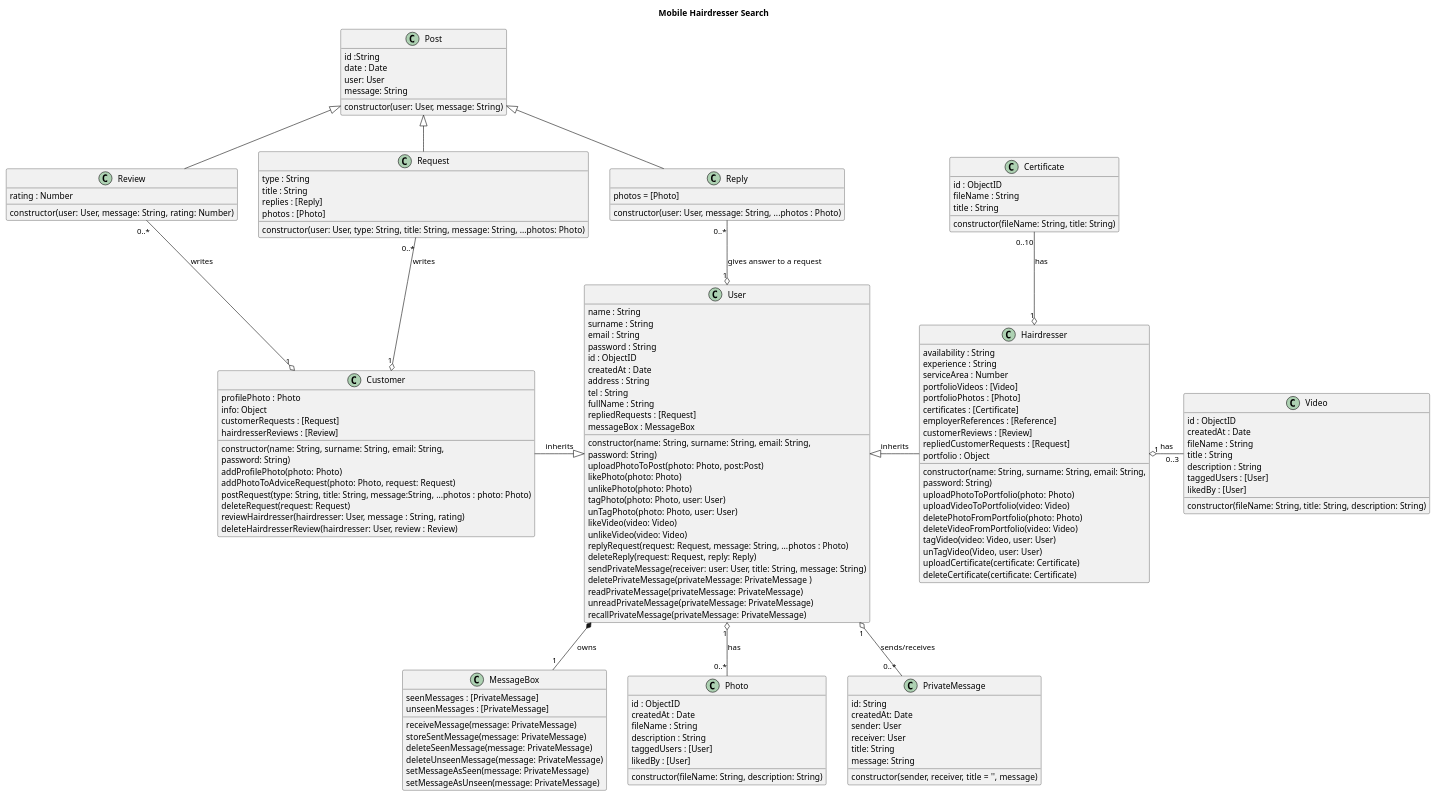
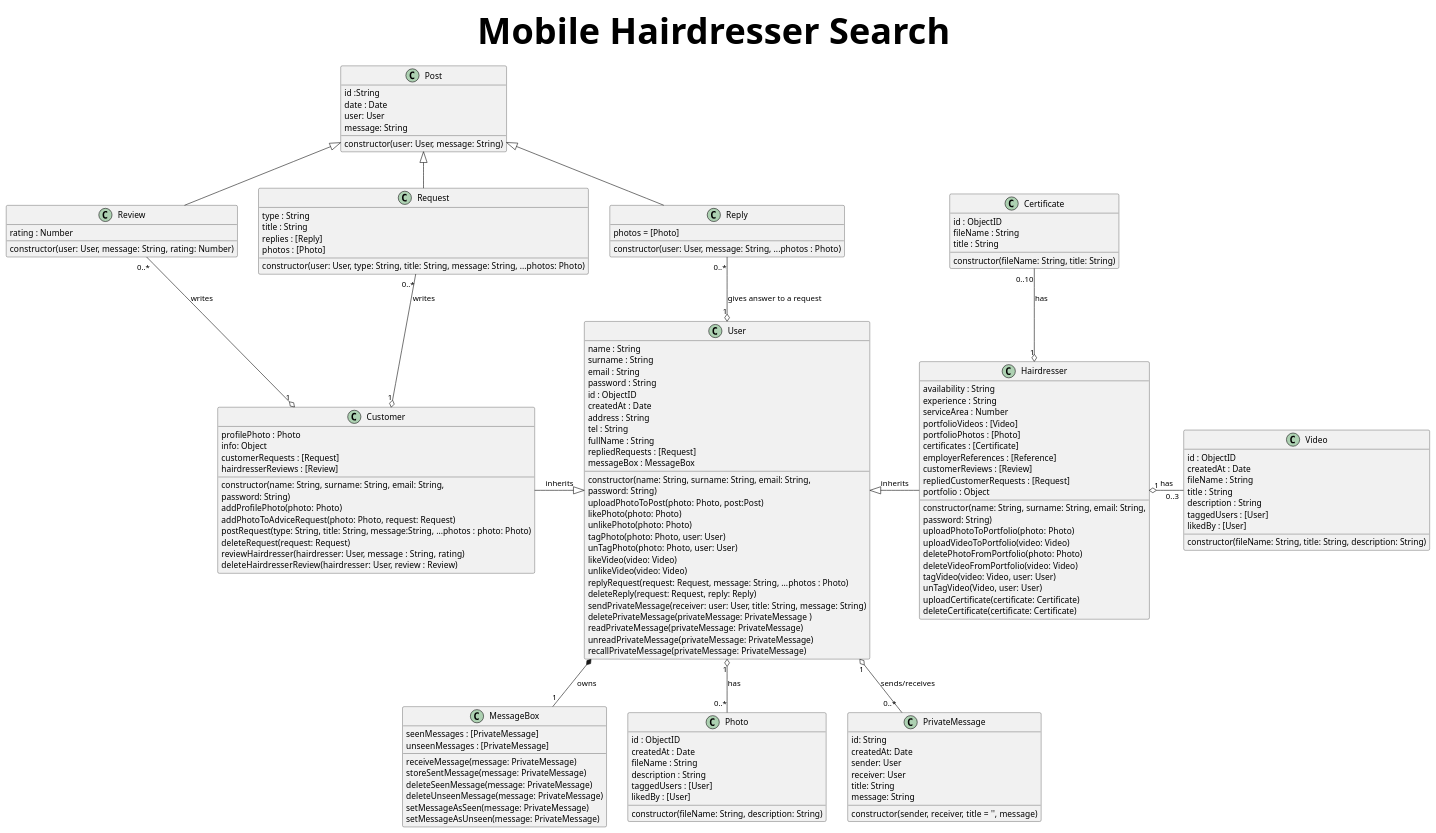
One commit to serhatci/mobile-hairdresser changed the diagram in architecture/class.puml. Above: the diagram before and after it, drawn with PlantUML.

Commit message:
Increase title fontsize

```diff
--- a/architecture/class.puml
+++ b/architecture/class.puml
@@ -1,171 +1,172 @@
 @startuml UML DIAGRAM
 
+skinparam TitleFontSize 60
 
 Title: Mobile Hairdresser Search
 
 class User {
   name : String
   surname : String
   email : String
   password : String
   id : ObjectID
   createdAt : Date
   address : String
   tel : String
   fullName : String
   repliedRequests : [Request]
   messageBox : MessageBox
 
   constructor(name: String, surname: String, email: String,
   password: String)
   uploadPhotoToPost(photo: Photo, post:Post)
   likePhoto(photo: Photo)
   unlikePhoto(photo: Photo)
   tagPhoto(photo: Photo, user: User)
   unTagPhoto(photo: Photo, user: User)
   likeVideo(video: Video)
   unlikeVideo(video: Video)
   replyRequest(request: Request, message: String, ...photos : Photo)
   deleteReply(request: Request, reply: Reply)
   sendPrivateMessage(receiver: user: User, title: String, message: String)
   deletePrivateMessage(privateMessage: PrivateMessage )
   readPrivateMessage(privateMessage: PrivateMessage)
   unreadPrivateMessage(privateMessage: PrivateMessage)
   recallPrivateMessage(privateMessage: PrivateMessage)
 }
 
 class Hairdresser{
   availability : String
   experience : String
   serviceArea : Number
   portfolioVideos : [Video]
   portfolioPhotos : [Photo]
   certificates : [Certificate]
   employerReferences : [Reference]
   customerReviews : [Review]
   repliedCustomerRequests : [Request]
   portfolio : Object
 
   constructor(name: String, surname: String, email: String,
   password: String)
   uploadPhotoToPortfolio(photo: Photo)
   uploadVideoToPortfolio(video: Video)
   deletePhotoFromPortfolio(photo: Photo)
   deleteVideoFromPortfolio(video: Video)
   tagVideo(video: Video, user: User)
   unTagVideo(Video, user: User)
   uploadCertificate(certificate: Certificate)
   deleteCertificate(certificate: Certificate)
 }
 
 class Customer {
   profilePhoto : Photo
   info: Object
   customerRequests : [Request]
   hairdresserReviews : [Review]
   constructor(name: String, surname: String, email: String,
   password: String)
   addProfilePhoto(photo: Photo)
   addPhotoToAdviceRequest(photo: Photo, request: Request)
   postRequest(type: String, title: String, message:String, ...photos : photo: Photo)
   deleteRequest(request: Request)
   reviewHairdresser(hairdresser: User, message : String, rating)
   deleteHairdresserReview(hairdresser: User, review : Review)
 }
 
 class Certificate {
   id : ObjectID
   fileName : String
   title : String
 
   constructor(fileName: String, title: String)
 }
 
 class MessageBox {
   seenMessages : [PrivateMessage]
   unseenMessages : [PrivateMessage]
   receiveMessage(message: PrivateMessage)
   storeSentMessage(message: PrivateMessage)
   deleteSeenMessage(message: PrivateMessage)
   deleteUnseenMessage(message: PrivateMessage)
   setMessageAsSeen(message: PrivateMessage)
   setMessageAsUnseen(message: PrivateMessage)
 }
 
 class Photo {
   id : ObjectID
   createdAt : Date
   fileName : String
   description : String
   taggedUsers : [User]
   likedBy : [User]
 
   constructor(fileName: String, description: String)
   }
 
 class Post {
   id :String
   date : Date
   user: User
   message: String
 
   constructor(user: User, message: String)
 }
 
 class PrivateMessage {
   id: String
   createdAt: Date
   sender: User
   receiver: User
   title: String
   message: String
 
   constructor(sender, receiver, title = '', message)
 }
 
 class Reply extends Post {
   photos = [Photo]
 
   constructor(user: User, message: String, ...photos : Photo)
 }
 
 class Request extends Post {
   type : String
   title : String
   replies : [Reply]
   photos : [Photo]
 
   constructor(user: User, type: String, title: String, message: String, ...photos: Photo)
 }
 
 class Review extends Post{
   rating : Number
 
   constructor(user: User, message: String, rating: Number)
 }
 
 class Video {
   id : ObjectID
   createdAt : Date
   fileName : String
   title : String
   description : String
   taggedUsers : [User]
   likedBy : [User]
 
   constructor(fileName: String, title: String, description: String)
 }
 
 Customer -|> User : inherits
 User <|- Hairdresser : inherits
 Certificate "0..10" --o "1" Hairdresser : has
 Hairdresser "1" o- "0..3" Video : has
 User *-- "1" MessageBox : owns
 User "1" o-- "0..*" Photo : has
 User "1" o-- "0..* "PrivateMessage : sends/receives
 Reply "0..*" --o "1" User : gives answer to a request
 Request "0..*" --o "1" Customer : writes
 Review "0..*"--o "1" Customer : writes
 
 
 @enduml
```
